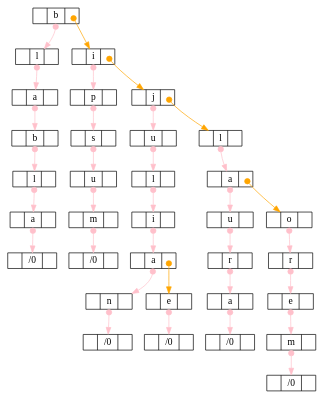
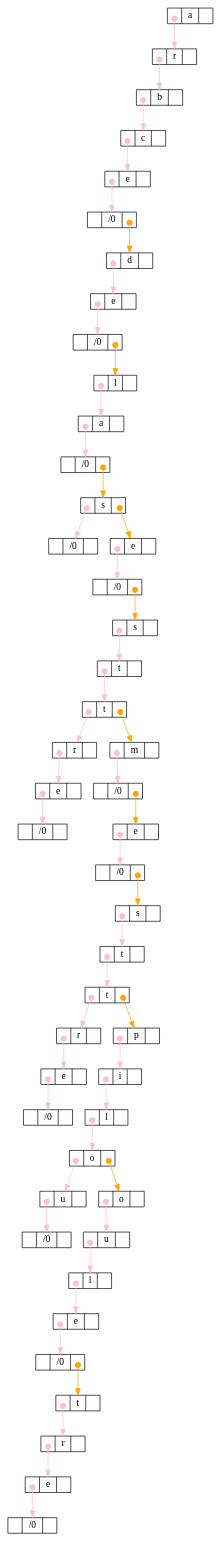
Before and after one commit to LauraLSPG/FilsgFrered: the diagram in Lexique.dot, drawn with Graphviz. The commit also changed 12 other files, not shown here.

```diff
--- a/Lexique.dot
+++ b/Lexique.dot
@@ -1,71 +1,99 @@
 digraph arbre {
   node [shape=record, height=.1];
 edge [tailclip=false, arrowtail=dot, dir=both];
 
-n0x7243d0 [label="<gauche> | b | <droit>"];
-n0x7243d0:droit:c -> n0x724310[color=orange];
-n0x724310 [label="<gauche> | i | <droit>"];
-n0x724310:droit:c -> n0x7244b0[color=orange];
-n0x7244b0 [label="<gauche> | j | <droit>"];
-n0x7244b0:droit:c -> n0x724250[color=orange];
-n0x724250 [label="<gauche> | l | <droit>"];
-n0x724250:s -> n0x724590 [color=pink];
-n0x724590 [label="<gauche> | a | <droit>"];
-n0x724590:droit:c -> n0x724270[color=orange];
-n0x724270 [label="<gauche> | o | <droit>"];
-n0x724270:s -> n0x724290 [color=pink];
-n0x724290 [label="<gauche> | r | <droit>"];
-n0x724290:s -> n0x7242b0 [color=pink];
-n0x7242b0 [label="<gauche> | e | <droit>"];
-n0x7242b0:s -> n0x7242d0 [color=pink];
-n0x7242d0 [label="<gauche> | m | <droit>"];
-n0x7242d0:s -> n0x7242f0 [color=pink];
-n0x7242f0 [label="<gauche> | /0 | <droit>"];
-n0x724590:s -> n0x7245b0 [color=pink];
-n0x7245b0 [label="<gauche> | u | <droit>"];
-n0x7245b0:s -> n0x7245d0 [color=pink];
-n0x7245d0 [label="<gauche> | r | <droit>"];
-n0x7245d0:s -> n0x7245f0 [color=pink];
-n0x7245f0 [label="<gauche> | a | <droit>"];
-n0x7245f0:s -> n0x724610 [color=pink];
-n0x724610 [label="<gauche> | /0 | <droit>"];
-n0x7244b0:s -> n0x7244d0 [color=pink];
-n0x7244d0 [label="<gauche> | u | <droit>"];
-n0x7244d0:s -> n0x7244f0 [color=pink];
-n0x7244f0 [label="<gauche> | l | <droit>"];
-n0x7244f0:s -> n0x724510 [color=pink];
-n0x724510 [label="<gauche> | i | <droit>"];
-n0x724510:s -> n0x724530 [color=pink];
-n0x724530 [label="<gauche> | a | <droit>"];
-n0x724530:droit:c -> n0x724010[color=orange];
-n0x724010 [label="<gauche> | e | <droit>"];
-n0x724010:s -> n0x724030 [color=pink];
-n0x724030 [label="<gauche> | /0 | <droit>"];
-n0x724530:s -> n0x724550 [color=pink];
-n0x724550 [label="<gauche> | n | <droit>"];
-n0x724550:s -> n0x724570 [color=pink];
-n0x724570 [label="<gauche> | /0 | <droit>"];
-n0x724310:s -> n0x724330 [color=pink];
-n0x724330 [label="<gauche> | p | <droit>"];
-n0x724330:s -> n0x724350 [color=pink];
-n0x724350 [label="<gauche> | s | <droit>"];
-n0x724350:s -> n0x724370 [color=pink];
-n0x724370 [label="<gauche> | u | <droit>"];
-n0x724370:s -> n0x724390 [color=pink];
-n0x724390 [label="<gauche> | m | <droit>"];
-n0x724390:s -> n0x7243b0 [color=pink];
-n0x7243b0 [label="<gauche> | /0 | <droit>"];
-n0x7243d0:s -> n0x7243f0 [color=pink];
-n0x7243f0 [label="<gauche> | l | <droit>"];
-n0x7243f0:s -> n0x724410 [color=pink];
-n0x724410 [label="<gauche> | a | <droit>"];
-n0x724410:s -> n0x724430 [color=pink];
-n0x724430 [label="<gauche> | b | <droit>"];
-n0x724430:s -> n0x724450 [color=pink];
-n0x724450 [label="<gauche> | l | <droit>"];
-n0x724450:s -> n0x724470 [color=pink];
-n0x724470 [label="<gauche> | a | <droit>"];
-n0x724470:s -> n0x724490 [color=pink];
-n0x724490 [label="<gauche> | /0 | <droit>"];
+n0x6000004a0 [label="<gauche> | a | <droit>"];
+n0x6000004a0:gauche:c -> n0x6000688a0 [color=pink];
+n0x6000688a0 [label="<gauche> | r | <droit>"];
+n0x6000688a0:gauche:c -> n0x6000688c0 [color=pink];
+n0x6000688c0 [label="<gauche> | b | <droit>"];
+n0x6000688c0:gauche:c -> n0x600068940 [color=pink];
+n0x600068940 [label="<gauche> | c | <droit>"];
+n0x600068940:gauche:c -> n0x600068960 [color=pink];
+n0x600068960 [label="<gauche> | e | <droit>"];
+n0x600068960:gauche:c -> n0x600068980 [color=pink];
+n0x600068980 [label="<gauche> | /0 | <droit>"];
+n0x600068980:droit:c -> n0x6000689e0[color=orange];
+n0x6000689e0 [label="<gauche> | d | <droit>"];
+n0x6000689e0:gauche:c -> n0x600068a00 [color=pink];
+n0x600068a00 [label="<gauche> | e | <droit>"];
+n0x600068a00:gauche:c -> n0x600068a20 [color=pink];
+n0x600068a20 [label="<gauche> | /0 | <droit>"];
+n0x600068a20:droit:c -> n0x600068a80[color=orange];
+n0x600068a80 [label="<gauche> | l | <droit>"];
+n0x600068a80:gauche:c -> n0x600068aa0 [color=pink];
+n0x600068aa0 [label="<gauche> | a | <droit>"];
+n0x600068aa0:gauche:c -> n0x600068ac0 [color=pink];
+n0x600068ac0 [label="<gauche> | /0 | <droit>"];
+n0x600068ac0:droit:c -> n0x600068ae0[color=orange];
+n0x600068ae0 [label="<gauche> | s | <droit>"];
+n0x600068ae0:droit:c -> n0x600068b20[color=orange];
+n0x600068b20 [label="<gauche> | e | <droit>"];
+n0x600068b20:gauche:c -> n0x600068b40 [color=pink];
+n0x600068b40 [label="<gauche> | /0 | <droit>"];
+n0x600068b40:droit:c -> n0x600068b60[color=orange];
+n0x600068b60 [label="<gauche> | s | <droit>"];
+n0x600068b60:gauche:c -> n0x600068ba0 [color=pink];
+n0x600068ba0 [label="<gauche> | t | <droit>"];
+n0x600068ba0:gauche:c -> n0x600068bc0 [color=pink];
+n0x600068bc0 [label="<gauche> | t | <droit>"];
+n0x600068bc0:droit:c -> n0x600068c40[color=orange];
+n0x600068c40 [label="<gauche> | m | <droit>"];
+n0x600068c40:gauche:c -> n0x600068c60 [color=pink];
+n0x600068c60 [label="<gauche> | /0 | <droit>"];
+n0x600068c60:droit:c -> n0x600068c80[color=orange];
+n0x600068c80 [label="<gauche> | e | <droit>"];
+n0x600068c80:gauche:c -> n0x600068ca0 [color=pink];
+n0x600068ca0 [label="<gauche> | /0 | <droit>"];
+n0x600068ca0:droit:c -> n0x600068cc0[color=orange];
+n0x600068cc0 [label="<gauche> | s | <droit>"];
+n0x600068cc0:gauche:c -> n0x600068d00 [color=pink];
+n0x600068d00 [label="<gauche> | t | <droit>"];
+n0x600068d00:gauche:c -> n0x600068d20 [color=pink];
+n0x600068d20 [label="<gauche> | t | <droit>"];
+n0x600068d20:droit:c -> n0x600068da0[color=orange];
+n0x600068da0 [label="<gauche> | p | <droit>"];
+n0x600068da0:gauche:c -> n0x600068dc0 [color=pink];
+n0x600068dc0 [label="<gauche> | i | <droit>"];
+n0x600068dc0:gauche:c -> n0x600068de0 [color=pink];
+n0x600068de0 [label="<gauche> | l | <droit>"];
+n0x600068de0:gauche:c -> n0x600068e00 [color=pink];
+n0x600068e00 [label="<gauche> | o | <droit>"];
+n0x600068e00:droit:c -> n0x600068e60[color=orange];
+n0x600068e60 [label="<gauche> | o | <droit>"];
+n0x600068e60:gauche:c -> n0x600068e80 [color=pink];
+n0x600068e80 [label="<gauche> | u | <droit>"];
+n0x600068e80:gauche:c -> n0x600068ea0 [color=pink];
+n0x600068ea0 [label="<gauche> | l | <droit>"];
+n0x600068ea0:gauche:c -> n0x600068ec0 [color=pink];
+n0x600068ec0 [label="<gauche> | e | <droit>"];
+n0x600068ec0:gauche:c -> n0x600068ee0 [color=pink];
+n0x600068ee0 [label="<gauche> | /0 | <droit>"];
+n0x600068ee0:droit:c -> n0x600068f40[color=orange];
+n0x600068f40 [label="<gauche> | t | <droit>"];
+n0x600068f40:gauche:c -> n0x600068f60 [color=pink];
+n0x600068f60 [label="<gauche> | r | <droit>"];
+n0x600068f60:gauche:c -> n0x600068f80 [color=pink];
+n0x600068f80 [label="<gauche> | e | <droit>"];
+n0x600068f80:gauche:c -> n0x600068fa0 [color=pink];
+n0x600068fa0 [label="<gauche> | /0 | <droit>"];
+n0x600068e00:gauche:c -> n0x600068e20 [color=pink];
+n0x600068e20 [label="<gauche> | u | <droit>"];
+n0x600068e20:gauche:c -> n0x600068e40 [color=pink];
+n0x600068e40 [label="<gauche> | /0 | <droit>"];
+n0x600068d20:gauche:c -> n0x600068d40 [color=pink];
+n0x600068d40 [label="<gauche> | r | <droit>"];
+n0x600068d40:gauche:c -> n0x600068d60 [color=pink];
+n0x600068d60 [label="<gauche> | e | <droit>"];
+n0x600068d60:gauche:c -> n0x600068d80 [color=pink];
+n0x600068d80 [label="<gauche> | /0 | <droit>"];
+n0x600068bc0:gauche:c -> n0x600068be0 [color=pink];
+n0x600068be0 [label="<gauche> | r | <droit>"];
+n0x600068be0:gauche:c -> n0x600068c00 [color=pink];
+n0x600068c00 [label="<gauche> | e | <droit>"];
+n0x600068c00:gauche:c -> n0x600068c20 [color=pink];
+n0x600068c20 [label="<gauche> | /0 | <droit>"];
+n0x600068ae0:gauche:c -> n0x600068b00 [color=pink];
+n0x600068b00 [label="<gauche> | /0 | <droit>"];
 
 }
```
